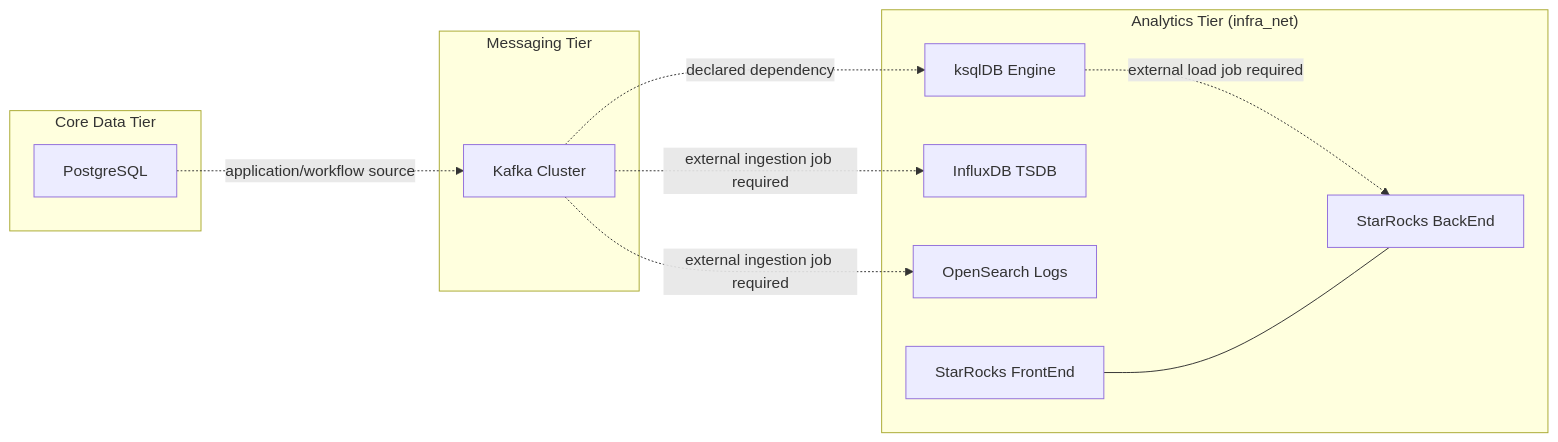
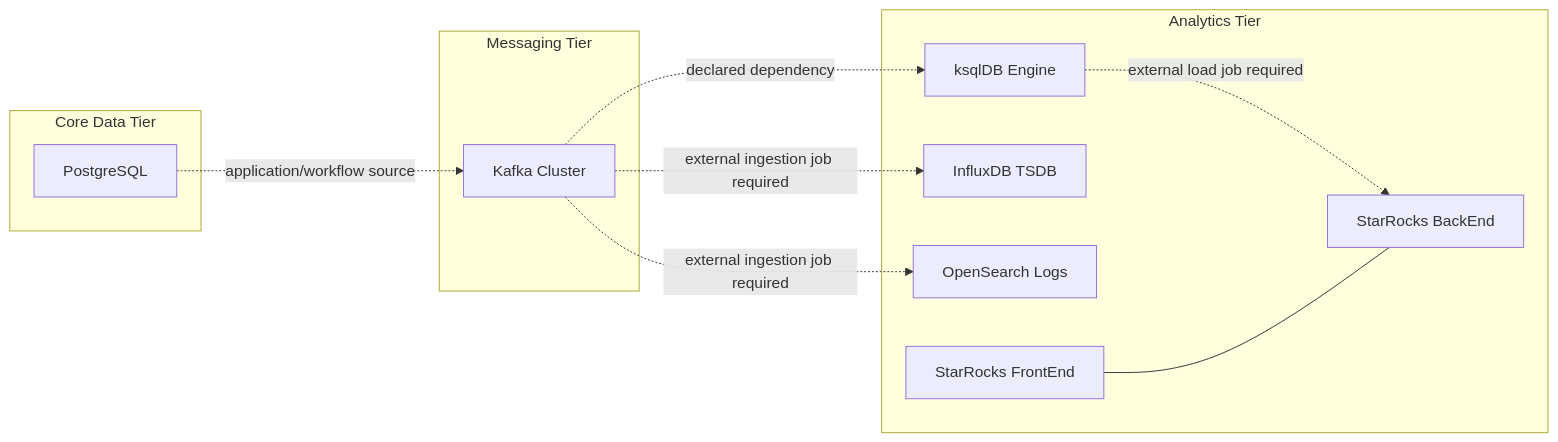
The diagram in docs/02.architecture/descriptions/0012-data-analytics-architecture.md (buenhyden/hy-home.docker), drawn with Mermaid before and after one commit. The commit also changed other lines of this file and 121 other files, not shown here.

First line of the commit message:
refactor(network): Remove infra_net and keep only flow-scoped networks

````diff
--- a/docs/02.architecture/descriptions/0012-data-analytics-architecture.md
+++ b/docs/02.architecture/descriptions/0012-data-analytics-architecture.md
@@ -69,25 +69,25 @@
 ```mermaid
 graph LR
     subgraph "Messaging Tier"
         KAFKA[Kafka Cluster]
     end
 
     subgraph "Core Data Tier"
         PG[PostgreSQL]
     end
 
-    subgraph "Analytics Tier (infra_net)"
+    subgraph "Analytics Tier"
         KSQL[ksqlDB Engine]
         INFLUX[InfluxDB TSDB]
         OS[OpenSearch Logs]
         SR_FE[StarRocks FrontEnd]
         SR_BE[StarRocks BackEnd]
     end
 
     KAFKA -. "declared dependency" .-> KSQL
     PG -. "application/workflow source" .-> KAFKA
     KAFKA -. "external ingestion job required" .-> OS
     KAFKA -. "external ingestion job required" .-> INFLUX
     KSQL -. "external load job required" .-> SR_BE
     SR_FE --- SR_BE
 ```
````
